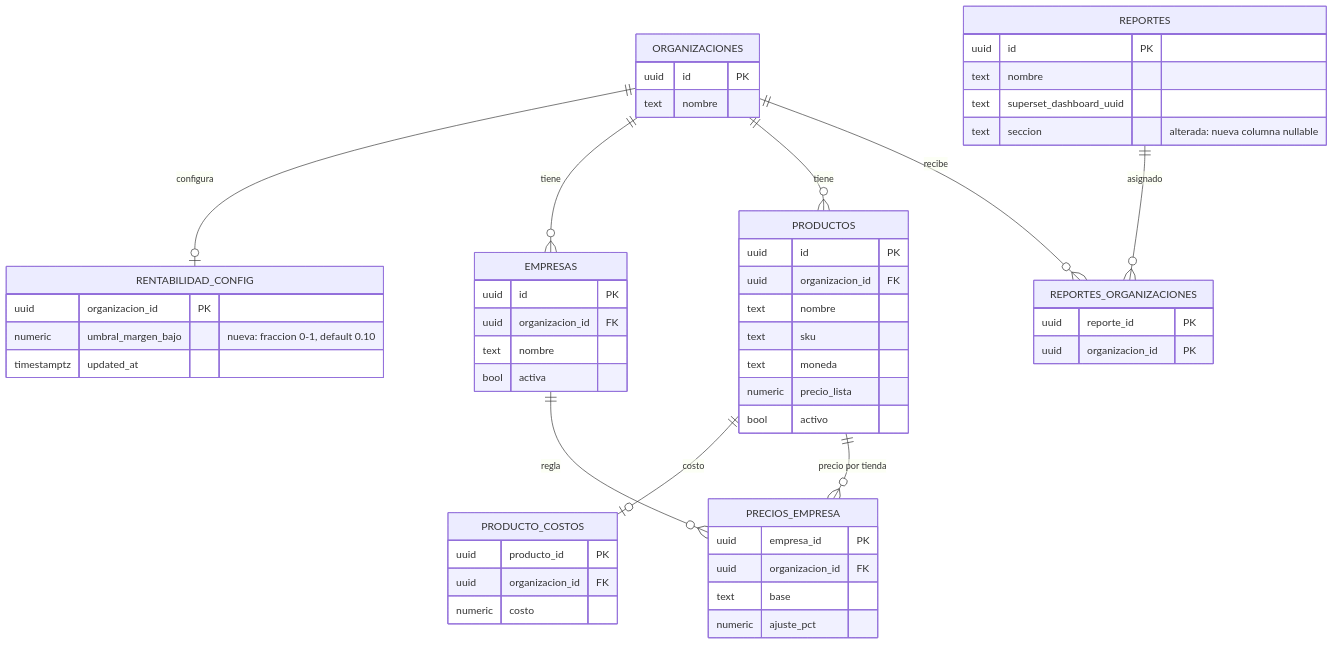
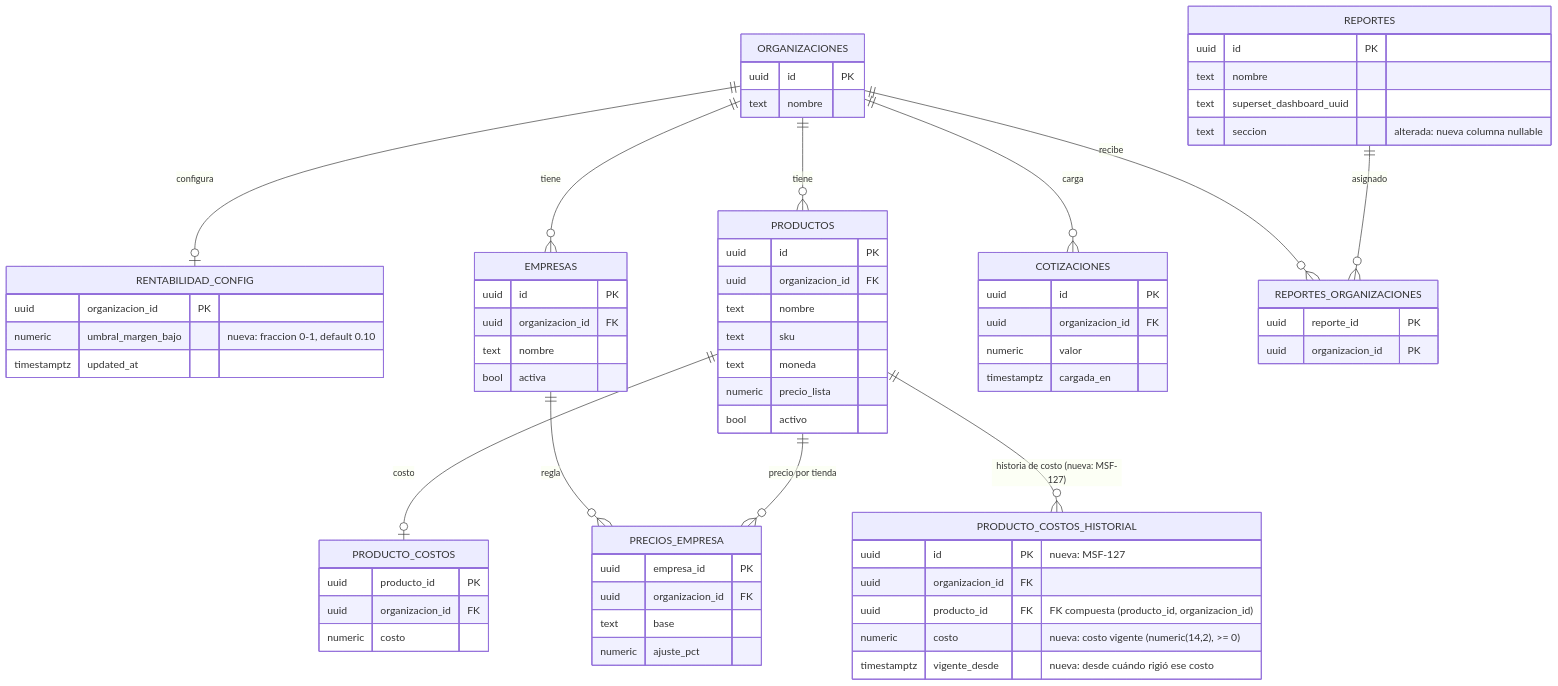
The second of 4 diagrams in docs/tecnico/rentabilidad.md (nicolasjones/multistorefront-meli), drawn with Mermaid before and after one commit. The commit also changed other lines of this file and 7 other files, not shown here.

First line of the commit message:
docs(MSF-127): actualiza documentación de producto y técnica

````diff
--- a/docs/tecnico/rentabilidad.md
+++ b/docs/tecnico/rentabilidad.md
@@ -92,41 +112,52 @@
 ```mermaid
 erDiagram
   ORGANIZACIONES ||--o| RENTABILIDAD_CONFIG : "configura"
   ORGANIZACIONES ||--o{ EMPRESAS : "tiene"
   ORGANIZACIONES ||--o{ PRODUCTOS : "tiene"
+  ORGANIZACIONES ||--o{ COTIZACIONES : "carga"
   PRODUCTOS ||--o| PRODUCTO_COSTOS : "costo"
+  PRODUCTOS ||--o{ PRODUCTO_COSTOS_HISTORIAL : "historia de costo (nueva: MSF-127)"
   PRODUCTOS ||--o{ PRECIOS_EMPRESA : "precio por tienda"
   EMPRESAS ||--o{ PRECIOS_EMPRESA : "regla"
   REPORTES ||--o{ REPORTES_ORGANIZACIONES : "asignado"
   ORGANIZACIONES ||--o{ REPORTES_ORGANIZACIONES : "recibe"
 
   RENTABILIDAD_CONFIG { uuid organizacion_id PK
     numeric umbral_margen_bajo "nueva: fraccion 0-1, default 0.10"
     timestamptz updated_at }
   ORGANIZACIONES { uuid id PK
     text nombre }
   EMPRESAS { uuid id PK
     uuid organizacion_id FK
     text nombre
     bool activa }
   PRODUCTOS { uuid id PK
     uuid organizacion_id FK
     text nombre
     text sku
     text moneda
     numeric precio_lista
     bool activo }
   PRODUCTO_COSTOS { uuid producto_id PK
     uuid organizacion_id FK
     numeric costo }
+  PRODUCTO_COSTOS_HISTORIAL { uuid id PK "nueva: MSF-127"
+    uuid organizacion_id FK
+    uuid producto_id FK "FK compuesta (producto_id, organizacion_id)"
+    numeric costo "nueva: costo vigente (numeric(14,2), >= 0)"
+    timestamptz vigente_desde "nueva: desde cuándo rigió ese costo" }
+  COTIZACIONES { uuid id PK
+    uuid organizacion_id FK
+    numeric valor
+    timestamptz cargada_en }
   PRECIOS_EMPRESA { uuid empresa_id PK
     uuid organizacion_id FK
     text base
     numeric ajuste_pct }
   REPORTES { uuid id PK
     text nombre
     text superset_dashboard_uuid
     text seccion "alterada: nueva columna nullable" }
   REPORTES_ORGANIZACIONES { uuid reporte_id PK
     uuid organizacion_id PK }
 ```
````
